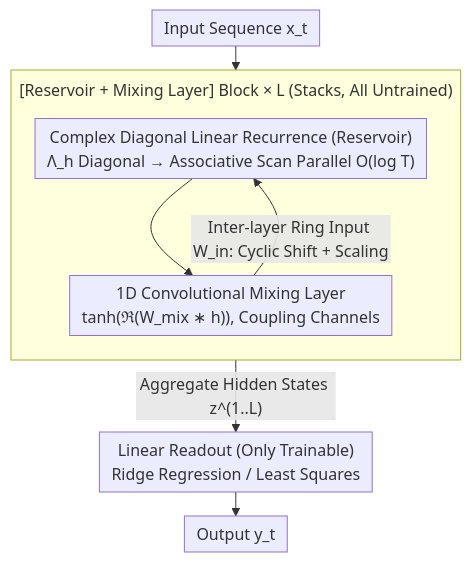
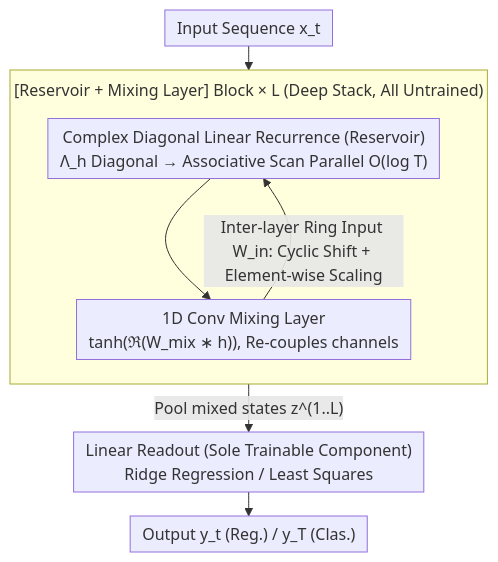
One commit to zhaoyang97/Paper-Notes-en changed the diagram in docs/ICML2026/others/paralesn_enabling_parallel_information_processing_in_reservoir_computing.md. Above: the diagram before and after it, drawn with Mermaid. The commit also changed other lines of this file and 5084 other files, not shown here.

````diff
--- a/docs/ICML2026/others/paralesn_enabling_parallel_information_processing_in_reservoir_computing.md
+++ b/docs/ICML2026/others/paralesn_enabling_parallel_information_processing_in_reservoir_computing.md
@@ -49,13 +49,13 @@
 ```mermaid
 %%{init: {'flowchart': {'rankSpacing': 24, 'nodeSpacing': 28, 'padding': 6, 'wrappingWidth': 400, 'subGraphTitleMargin': {'top': 8, 'bottom': 16}}}}%%
 flowchart TD
     X["Input Sequence x_t"] --> R1
-    subgraph BLK["[Reservoir + Mixing Layer] Block × L (Stacks, All Untrained)"]
+    subgraph BLK["[Reservoir + Mixing Layer] Block × L (Deep Stack, All Untrained)"]
         direction TB
         R1["Complex Diagonal Linear Recurrence (Reservoir)<br/>Λ_h Diagonal → Associative Scan Parallel O(log T)"]
-        R1 --> M1["1D Convolutional Mixing Layer<br/>tanh(ℜ(W_mix ∗ h)), Coupling Channels"]
-        M1 -->|"Inter-layer Ring Input W_in: Cyclic Shift + Scaling"| R1
+        R1 --> M1["1D Conv Mixing Layer<br/>tanh(ℜ(W_mix ∗ h)), Re-couples channels"]
+        M1 -->|"Inter-layer Ring Input W_in: Cyclic Shift + Element-wise Scaling"| R1
     end
-    M1 -->|"Aggregate Hidden States z^(1..L)"| RO["Linear Readout (Only Trainable)<br/>Ridge Regression / Least Squares"]
-    RO --> Y["Output y_t"]
+    M1 -->|"Pool mixed states z^(1..L)"| RO["Linear Readout (Sole Trainable Component)<br/>Ridge Regression / Least Squares"]
+    RO --> Y["Output y_t (Reg.) / y_T (Clas.)"]
 ```
````
